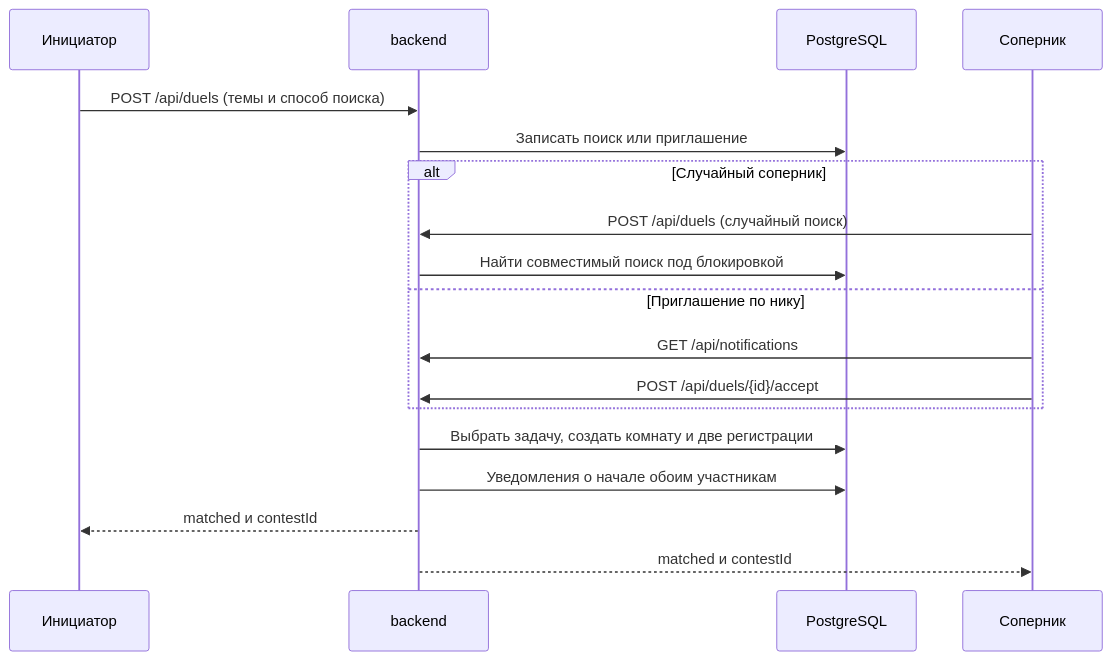
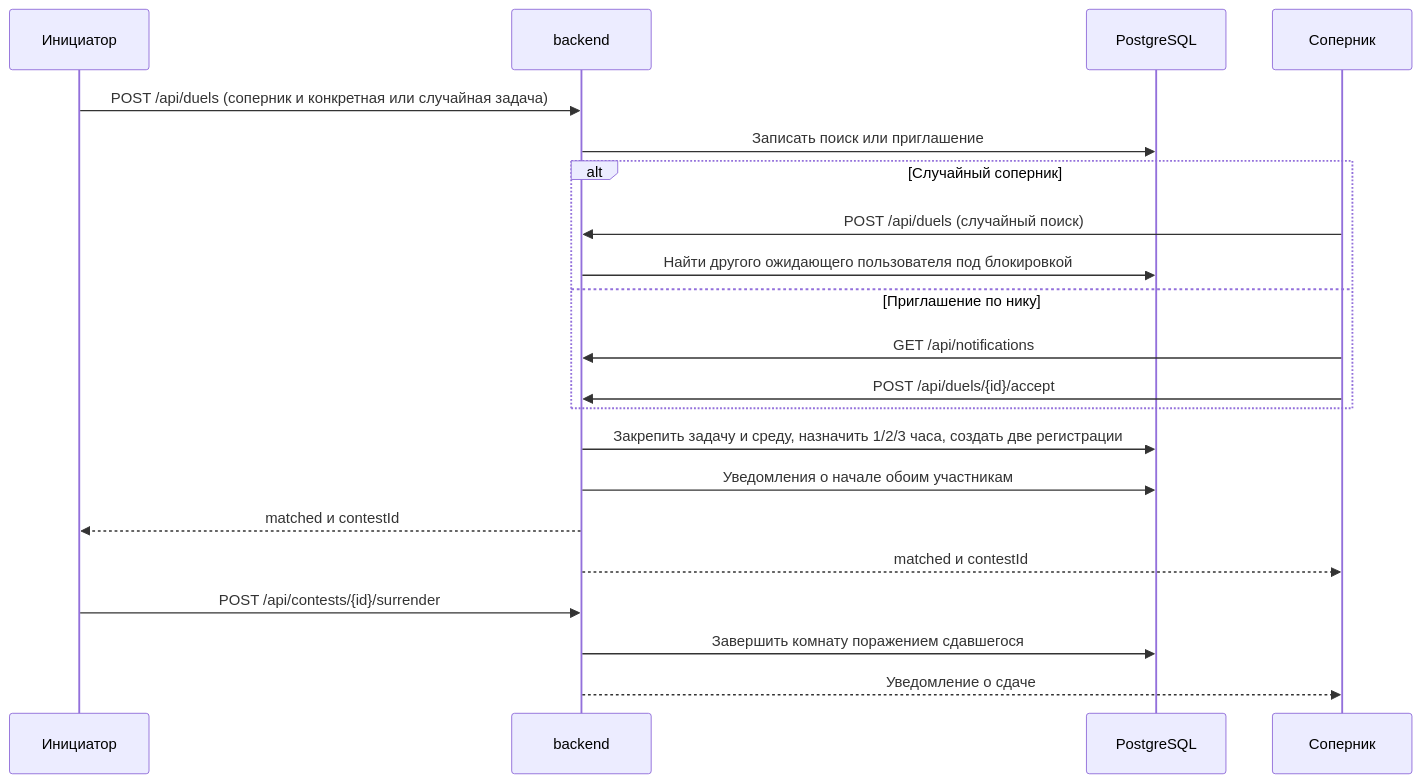
The second of 9 diagrams in docs/architecture.md (lottery7/GpuCodeforces), drawn with Mermaid before and after one commit. The commit also changed other lines of this file and 50 other files, not shown here.

````diff
--- a/docs/architecture.md
+++ b/docs/architecture.md
@@ -47,20 +48,23 @@
 ```mermaid
 sequenceDiagram
   participant A as Инициатор
   participant B as backend
   participant DB as PostgreSQL
   participant C as Соперник
-  A->>B: POST /api/duels (темы и способ поиска)
+  A->>B: POST /api/duels (соперник и конкретная или случайная задача)
   B->>DB: Записать поиск или приглашение
   alt Случайный соперник
     C->>B: POST /api/duels (случайный поиск)
-    B->>DB: Найти совместимый поиск под блокировкой
+    B->>DB: Найти другого ожидающего пользователя под блокировкой
   else Приглашение по нику
     C->>B: GET /api/notifications
     C->>B: POST /api/duels/{id}/accept
   end
-  B->>DB: Выбрать задачу, создать комнату и две регистрации
+  B->>DB: Закрепить задачу и среду, назначить 1/2/3 часа, создать две регистрации
   B->>DB: Уведомления о начале обоим участникам
   B-->>A: matched и contestId
   B-->>C: matched и contestId
+  A->>B: POST /api/contests/{id}/surrender
+  B->>DB: Завершить комнату поражением сдавшегося
+  B-->>C: Уведомление о сдаче
 ```
````
